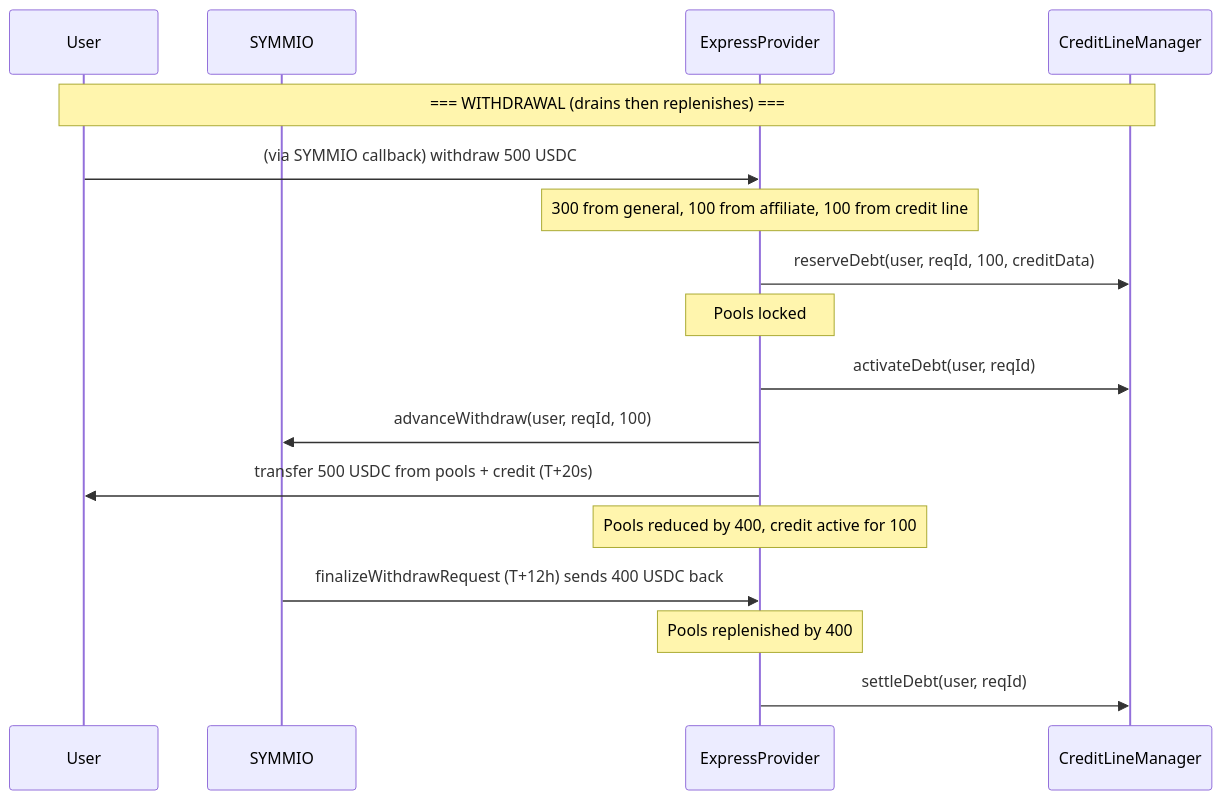
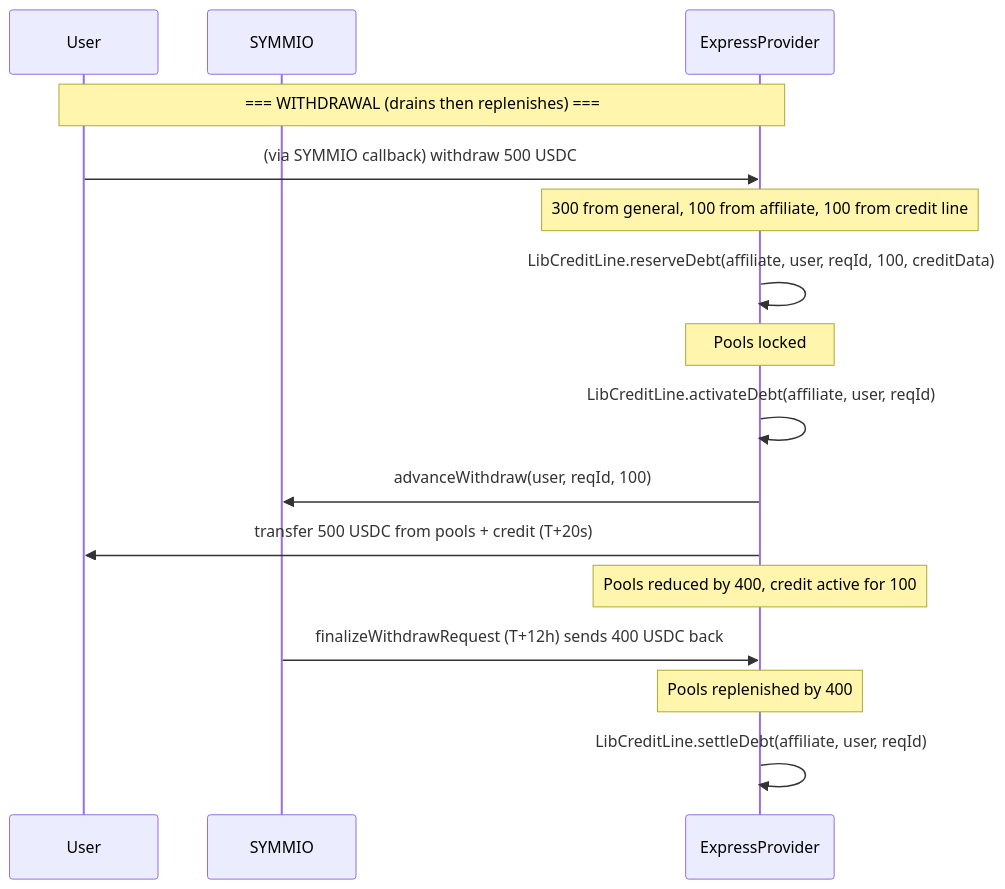
Before and after one commit to SYMM-IO/perps-core: the third of 15 diagrams in docs/v0.8.6/express-withdrawal-system-design.md, drawn with Mermaid. The commit also changed other lines of this file and 1 other file, not shown here.

Commit message:
docs: update express layer docs for CreditLineFacet migration

````diff
--- a/docs/v0.8.6/express-withdrawal-system-design.md
+++ b/docs/v0.8.6/express-withdrawal-system-design.md
@@ -110,20 +107,19 @@
 ```mermaid
 sequenceDiagram
     participant User
     participant SYMMIO
     participant Express as ExpressProvider
-    participant CLM as CreditLineManager
 
-    Note over User,CLM: === WITHDRAWAL (drains then replenishes) ===
+    Note over User,Express: === WITHDRAWAL (drains then replenishes) ===
     User->>Express: (via SYMMIO callback) withdraw 500 USDC
     Note over Express: 300 from general, 100 from affiliate, 100 from credit line
-    Express->>CLM: reserveDebt(user, reqId, 100, creditData)
+    Express->>Express: LibCreditLine.reserveDebt(affiliate, user, reqId, 100, creditData)
     Note over Express: Pools locked
-    Express->>CLM: activateDebt(user, reqId)
+    Express->>Express: LibCreditLine.activateDebt(affiliate, user, reqId)
     Express->>SYMMIO: advanceWithdraw(user, reqId, 100)
     Express->>User: transfer 500 USDC from pools + credit (T+20s)
     Note over Express: Pools reduced by 400, credit active for 100
     SYMMIO->>Express: finalizeWithdrawRequest (T+12h) sends 400 USDC back
     Note over Express: Pools replenished by 400
-    Express->>CLM: settleDebt(user, reqId)
+    Express->>Express: LibCreditLine.settleDebt(affiliate, user, reqId)
 ```
````
